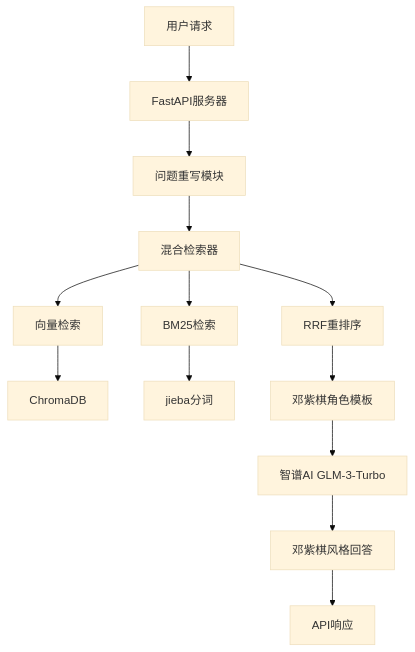
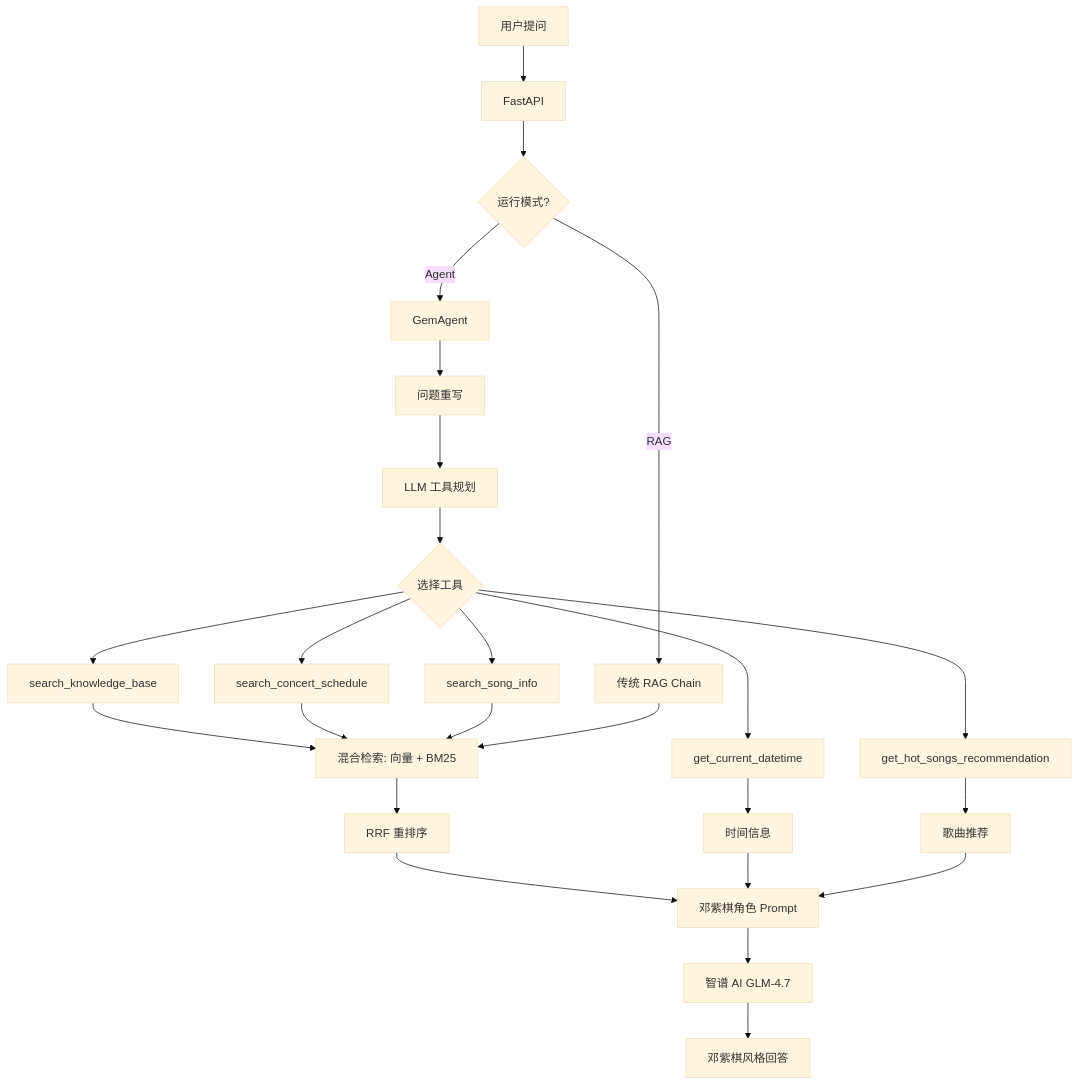
Before and after one commit to Reyotsed/GEM_FAN_CLUB_RAG: the diagram in README.md, drawn with Mermaid (base theme). The commit also changed other lines of this file, not shown here.

Commit message:
docs: update README with v2.0 Agent architecture and latest config

````diff
--- a/README.md
+++ b/README.md
@@ -251,15 +152,23 @@
 ```mermaid
 graph TB
-    A[用户请求] --> B[FastAPI服务器]
-    B --> C[问题重写模块]
-    C --> D[混合检索器]
-    D --> E[向量检索]
-    D --> F[BM25检索]
-    E --> G[ChromaDB]
-    F --> H[jieba分词]
-    D --> I[RRF重排序]
-    I --> J[邓紫棋角色模板]
-    J --> K[智谱AI GLM-3-Turbo]
-    K --> L[邓紫棋风格回答]
-    L --> M[API响应]
+    A[用户提问] --> B[FastAPI]
+    B --> C{运行模式?}
+    C -->|Agent| D[GemAgent]
+    C -->|RAG| E[传统 RAG Chain]
+    D --> F[问题重写]
+    F --> G[LLM 工具规划]
+    G --> H{选择工具}
+    H --> I[search_knowledge_base]
+    H --> J[search_concert_schedule]
+    H --> K[search_song_info]
+    H --> L[get_current_datetime]
+    H --> M[get_hot_songs_recommendation]
+    I & J & K --> N[混合检索: 向量 + BM25]
+    N --> O[RRF 重排序]
+    L --> P[时间信息]
+    M --> Q[歌曲推荐]
+    O & P & Q --> R[邓紫棋角色 Prompt]
+    R --> S[智谱 AI GLM-4.7]
+    S --> T[邓紫棋风格回答]
+    E --> N
 ```
````
